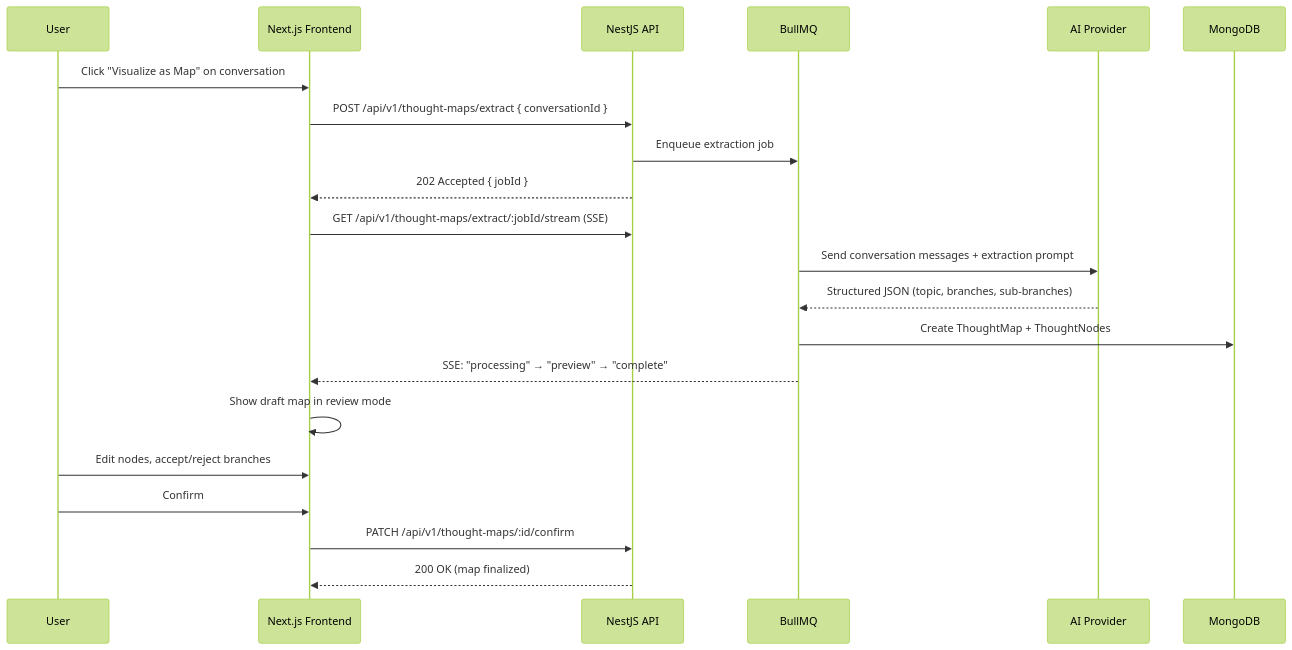
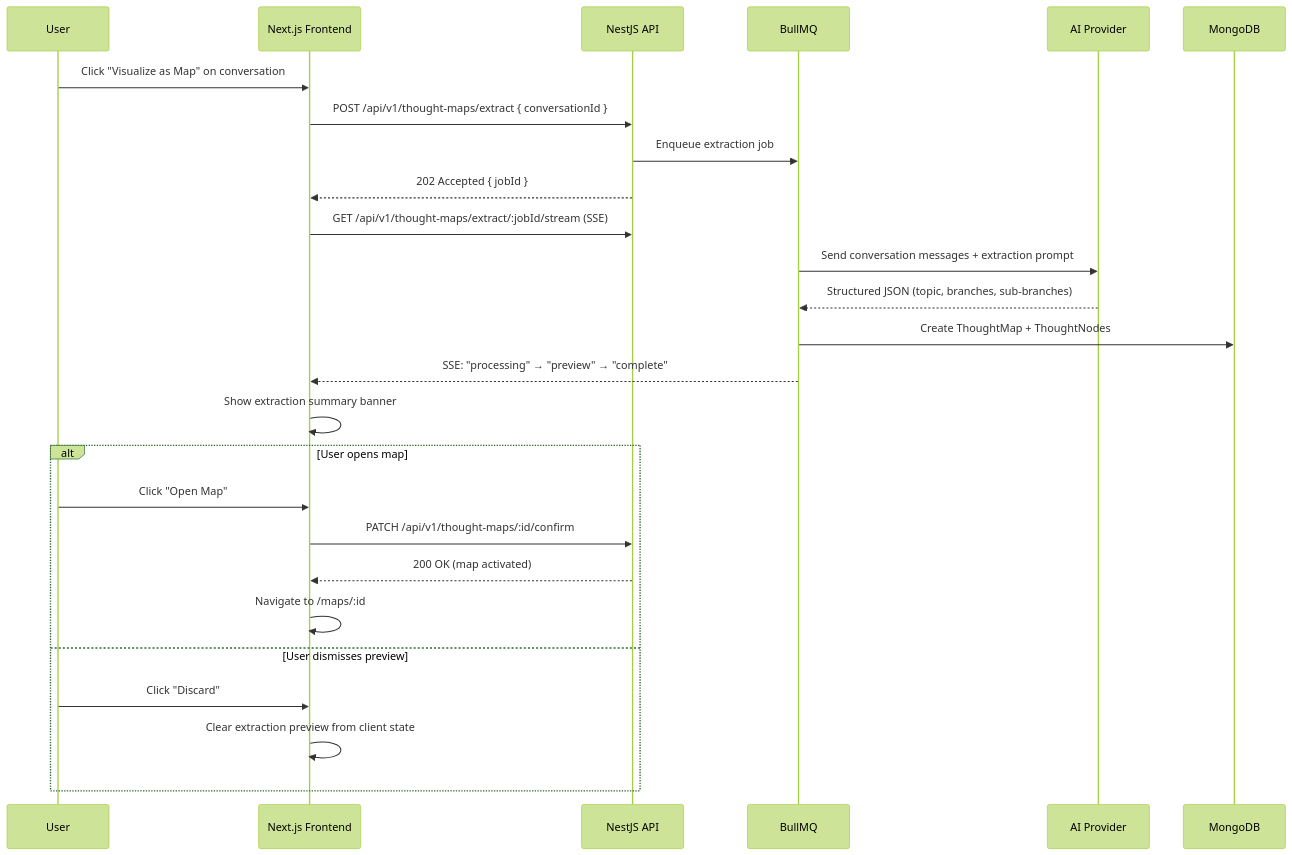
The fourth of 8 diagrams in docs/rfcs/active/rfc-0003-thought-map/index.md (shettydev/mukti), drawn with Mermaid (forest theme) before and after one commit. The commit also changed other lines of this file, not shown here.

````diff
--- a/docs/rfcs/active/rfc-0003-thought-map/index.md
+++ b/docs/rfcs/active/rfc-0003-thought-map/index.md
@@ -211,27 +211,32 @@
 ```mermaid
 sequenceDiagram
     participant User
     participant Web as Next.js Frontend
     participant API as NestJS API
     participant Queue as BullMQ
     participant AI as AI Provider
     participant DB as MongoDB
 
     User->>Web: Click "Visualize as Map" on conversation
     Web->>API: POST /api/v1/thought-maps/extract { conversationId }
     API->>Queue: Enqueue extraction job
     API-->>Web: 202 Accepted { jobId }
     Web->>API: GET /api/v1/thought-maps/extract/:jobId/stream (SSE)
 
     Queue->>AI: Send conversation messages + extraction prompt
     AI-->>Queue: Structured JSON (topic, branches, sub-branches)
 
     Queue->>DB: Create ThoughtMap + ThoughtNodes
     Queue-->>Web: SSE: "processing" → "preview" → "complete"
 
-    Web->>Web: Show draft map in review mode
-    User->>Web: Edit nodes, accept/reject branches
-    User->>Web: Confirm
-    Web->>API: PATCH /api/v1/thought-maps/:id/confirm
-    API-->>Web: 200 OK (map finalized)
+    Web->>Web: Show extraction summary banner
+    alt User opens map
+        User->>Web: Click "Open Map"
+        Web->>API: PATCH /api/v1/thought-maps/:id/confirm
+        API-->>Web: 200 OK (map activated)
+        Web->>Web: Navigate to /maps/:id
+    else User dismisses preview
+        User->>Web: Click "Discard"
+        Web->>Web: Clear extraction preview from client state
+    end
 ```
````
